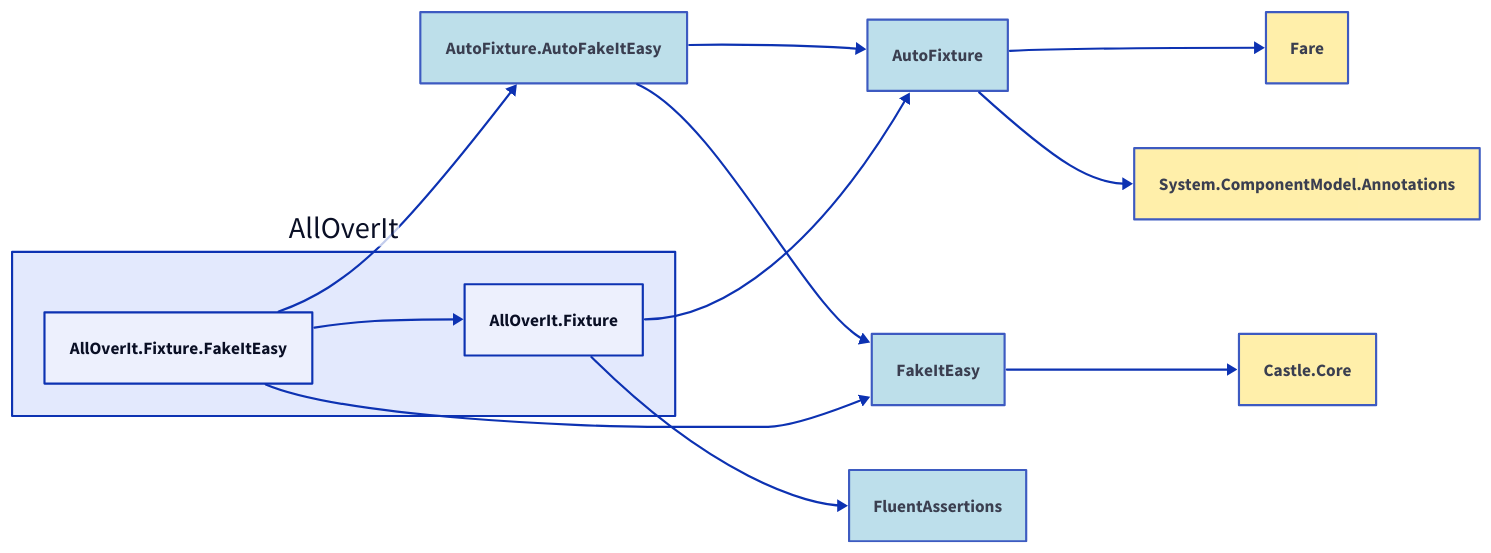
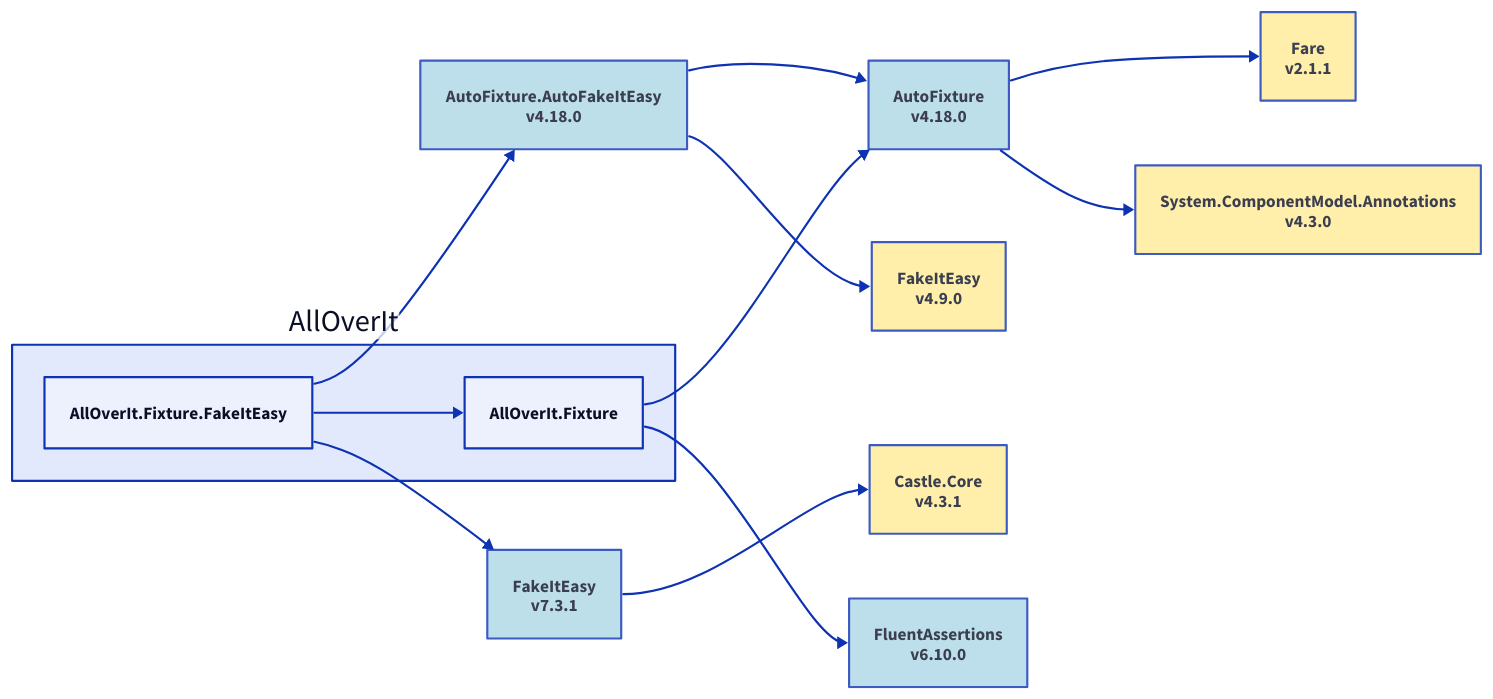
One commit to nickathone/AllOverIt changed the diagram in Docs/Dependencies/alloverit-fixture-fakeiteasy.d2. Above: the diagram before and after it, drawn with D2. The commit also changed 62 other files, not shown here.

```diff
--- a/Docs/Dependencies/alloverit-fixture-fakeiteasy.d2
+++ b/Docs/Dependencies/alloverit-fixture-fakeiteasy.d2
@@ -1,36 +1,39 @@
 direction: right
 
 aoi: AllOverIt
 aoi.alloverit-fixture-fakeiteasy: AllOverIt.Fixture.FakeItEasy
-autofixture-autofakeiteasy: AutoFixture.AutoFakeItEasy
-autofixture-autofakeiteasy.style.fill: "#ADD8E6"
-autofixture-autofakeiteasy.style.opacity: 0.8
-autofixture: AutoFixture
-autofixture.style.fill: "#ADD8E6"
-autofixture.style.opacity: 0.8
-autofixture <- autofixture-autofakeiteasy
-fakeiteasy: FakeItEasy
-fakeiteasy.style.fill: "#ADD8E6"
-fakeiteasy.style.opacity: 0.8
-fakeiteasy <- autofixture-autofakeiteasy
-autofixture-autofakeiteasy <- aoi.alloverit-fixture-fakeiteasy
-castle-core: Castle.Core
-castle-core.style.fill: "#FFEC96"
-castle-core.style.opacity: 0.8
-castle-core <- fakeiteasy
-fakeiteasy <- aoi.alloverit-fixture-fakeiteasy
+autofixture-autofakeiteasy_4-18-0: AutoFixture.AutoFakeItEasy\nv4.18.0
+autofixture-autofakeiteasy_4-18-0.style.fill: "#ADD8E6"
+autofixture-autofakeiteasy_4-18-0.style.opacity: 0.8
+autofixture_4-18-0: AutoFixture\nv4.18.0
+autofixture_4-18-0.style.fill: "#ADD8E6"
+autofixture_4-18-0.style.opacity: 0.8
+autofixture_4-18-0 <- autofixture-autofakeiteasy_4-18-0
+fakeiteasy_4-9-0: FakeItEasy\nv4.9.0
+fakeiteasy_4-9-0.style.fill: "#FFEC96"
+fakeiteasy_4-9-0.style.opacity: 0.8
+fakeiteasy_4-9-0 <- autofixture-autofakeiteasy_4-18-0
+autofixture-autofakeiteasy_4-18-0 <- aoi.alloverit-fixture-fakeiteasy
+fakeiteasy_7-3-1: FakeItEasy\nv7.3.1
+fakeiteasy_7-3-1.style.fill: "#ADD8E6"
+fakeiteasy_7-3-1.style.opacity: 0.8
+castle-core_4-3-1: Castle.Core\nv4.3.1
+castle-core_4-3-1.style.fill: "#FFEC96"
+castle-core_4-3-1.style.opacity: 0.8
+castle-core_4-3-1 <- fakeiteasy_7-3-1
+fakeiteasy_7-3-1 <- aoi.alloverit-fixture-fakeiteasy
 aoi.alloverit-fixture: AllOverIt.Fixture
-fare: Fare
-fare.style.fill: "#FFEC96"
-fare.style.opacity: 0.8
-fare <- autofixture
-system-componentmodel-annotations: System.ComponentModel.Annotations
-system-componentmodel-annotations.style.fill: "#FFEC96"
-system-componentmodel-annotations.style.opacity: 0.8
-system-componentmodel-annotations <- autofixture
-autofixture <- aoi.alloverit-fixture
-fluentassertions: FluentAssertions
-fluentassertions.style.fill: "#ADD8E6"
-fluentassertions.style.opacity: 0.8
-fluentassertions <- aoi.alloverit-fixture
+fare_2-1-1: Fare\nv2.1.1
+fare_2-1-1.style.fill: "#FFEC96"
+fare_2-1-1.style.opacity: 0.8
+fare_2-1-1 <- autofixture_4-18-0
+system-componentmodel-annotations_4-3-0: System.ComponentModel.Annotations\nv4.3.0
+system-componentmodel-annotations_4-3-0.style.fill: "#FFEC96"
+system-componentmodel-annotations_4-3-0.style.opacity: 0.8
+system-componentmodel-annotations_4-3-0 <- autofixture_4-18-0
+autofixture_4-18-0 <- aoi.alloverit-fixture
+fluentassertions_6-10-0: FluentAssertions\nv6.10.0
+fluentassertions_6-10-0.style.fill: "#ADD8E6"
+fluentassertions_6-10-0.style.opacity: 0.8
+fluentassertions_6-10-0 <- aoi.alloverit-fixture
 aoi.alloverit-fixture <- aoi.alloverit-fixture-fakeiteasy
```
